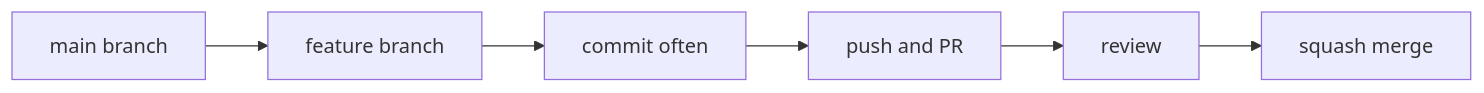
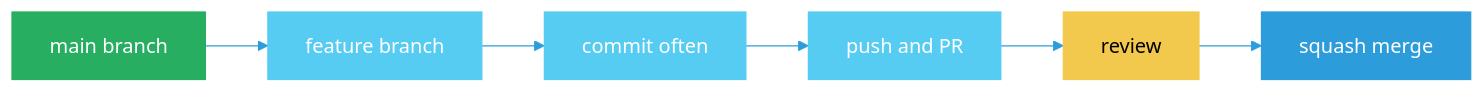
Before and after one commit to 444Nazky/My-Vault: diagram 11 of 13 in Graphs/Dev-Tasks-Diagrams.md, drawn with Mermaid. The commit also changed other lines of this file and 15 other files, not shown here.

````diff
--- a/Graphs/Dev-Tasks-Diagrams.md
+++ b/Graphs/Dev-Tasks-Diagrams.md
@@ -128,8 +188,15 @@
 ```mermaid
+%%{init: {'theme': 'default', 'themeVariables': { 'primaryColor': '#2D9CDB', 'lineColor': '#2D9CDB'}}}%%
 flowchart LR
  MAIN["main branch"] --> FEAT["feature branch"]
  FEAT --> COMMIT2["commit often"]
  COMMIT2 --> PUSH2["push and PR"]
  PUSH2 --> REVIEW["review"]
  REVIEW --> MERGE2["squash merge"]
+ style MAIN fill:#27AE60,stroke:#27AE60,color:#fff
+ style FEAT fill:#56CCF2,stroke:#56CCF2,color:#fff
+ style COMMIT2 fill:#56CCF2,stroke:#56CCF2,color:#fff
+ style PUSH2 fill:#56CCF2,stroke:#56CCF2,color:#fff
+ style REVIEW fill:#F2C94C,stroke:#F2C94C,color:#000
+ style MERGE2 fill:#2D9CDB,stroke:#2D9CDB,color:#fff
 ```
````
